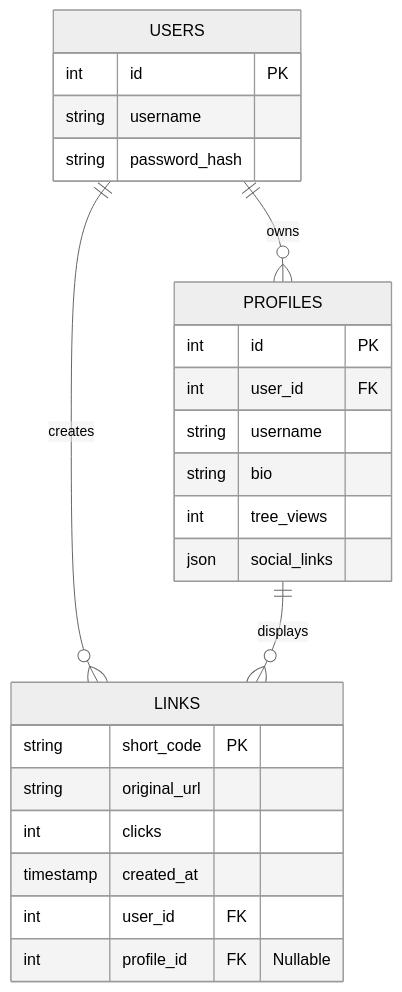
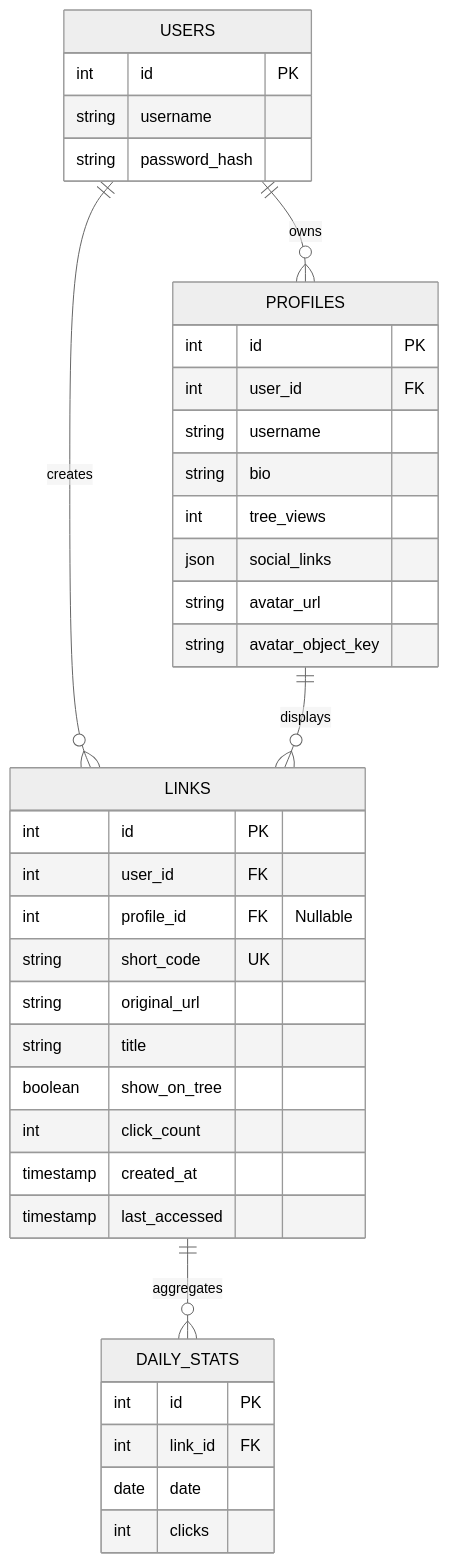
The second of 2 diagrams in wiki/architecture.md (ahk1542001-wq/url-shortener-api), drawn with Mermaid (neutral theme) before and after one commit. The commit also changed other lines of this file and 56 other files, not shown here.

````diff
--- a/wiki/architecture.md
+++ b/wiki/architecture.md
@@ -54,30 +58,44 @@
 ```mermaid
 erDiagram
     USERS ||--o{ PROFILES : owns
     USERS ||--o{ LINKS : creates
     PROFILES ||--o{ LINKS : displays
+    LINKS ||--o{ DAILY_STATS : aggregates
     
     USERS {
         int id PK
         string username
         string password_hash
     }
     
     PROFILES {
         int id PK
         int user_id FK
         string username
         string bio
         int tree_views
         json social_links
+        string avatar_url
+        string avatar_object_key
     }
     
     LINKS {
-        string short_code PK
-        string original_url
-        int clicks
-        timestamp created_at
+        int id PK
         int user_id FK
         int profile_id FK "Nullable"
+        string short_code UK
+        string original_url
+        string title
+        boolean show_on_tree
+        int click_count
+        timestamp created_at
+        timestamp last_accessed
+    }
+
+    DAILY_STATS {
+        int id PK
+        int link_id FK
+        date date
+        int clicks
     }
 ```
````
